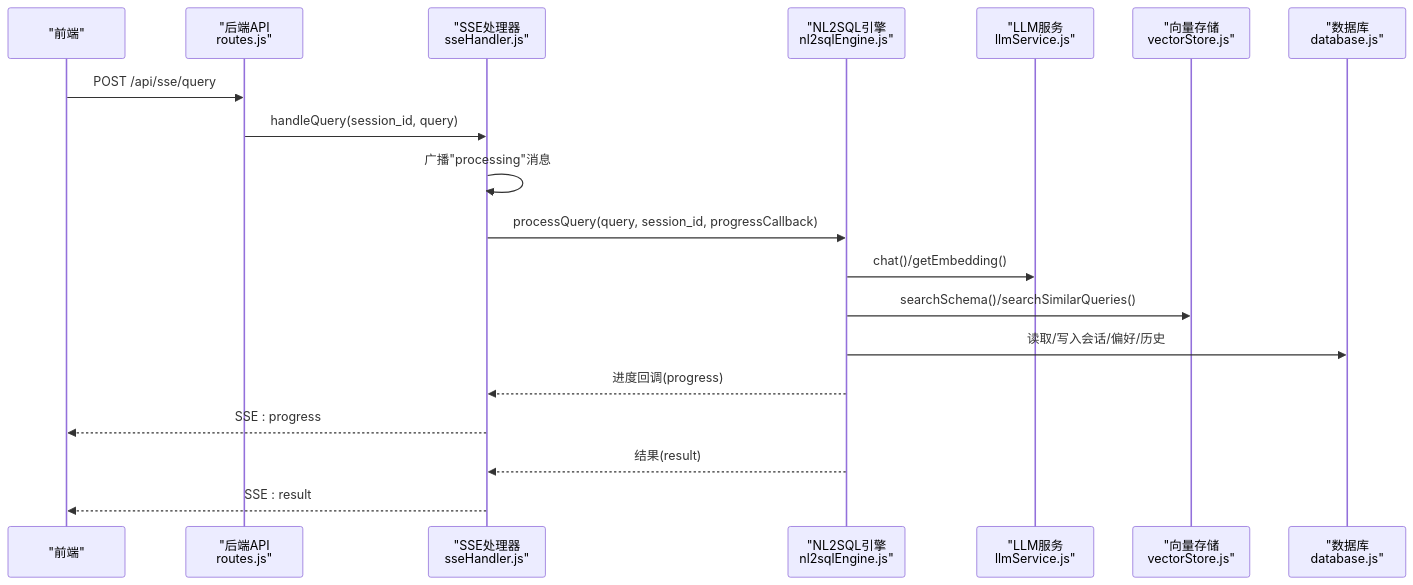
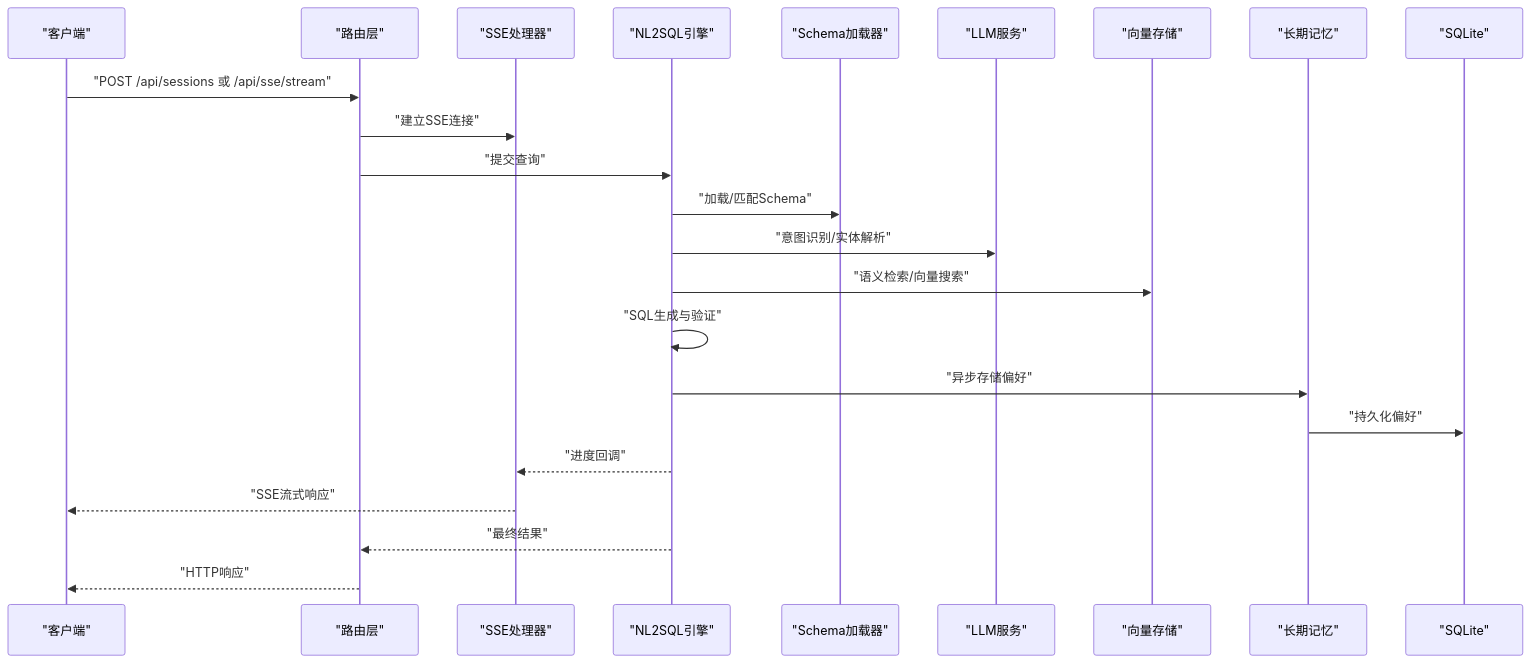
Before and after one commit to HanHuiOnLine/724-office: the second of 8 diagrams in NL2SQL/.qoder/repowiki/zh/content/系统架构/数据流设计.md, drawn with Mermaid. The commit also changed other lines of this file and 170 other files, not shown here.

````diff
--- a/NL2SQL/.qoder/repowiki/zh/content/系统架构/数据流设计.md
+++ b/NL2SQL/.qoder/repowiki/zh/content/系统架构/数据流设计.md
@@ -139,21 +143,25 @@
 ```mermaid
 sequenceDiagram
-participant FE as "前端"
-participant API as "后端API<br/>routes.js"
-participant SSE as "SSE处理器<br/>sseHandler.js"
-participant ENG as "NL2SQL引擎<br/>nl2sqlEngine.js"
-participant LLM as "LLM服务<br/>llmService.js"
-participant VEC as "向量存储<br/>vectorStore.js"
-participant DB as "数据库<br/>database.js"
-FE->>API : POST /api/sse/query
-API->>SSE : handleQuery(session_id, query)
-SSE->>SSE : 广播"processing"消息
-SSE->>ENG : processQuery(query, session_id, progressCallback)
-ENG->>LLM : chat()/getEmbedding()
-ENG->>VEC : searchSchema()/searchSimilarQueries()
-ENG->>DB : 读取/写入会话/偏好/历史
-ENG-->>SSE : 进度回调(progress)
-SSE-->>FE : SSE : progress
-ENG-->>SSE : 结果(result)
-SSE-->>FE : SSE : result
+participant Client as "客户端"
+participant Routes as "路由层"
+participant SSE as "SSE处理器"
+participant Engine as "NL2SQL引擎"
+participant Schema as "Schema加载器"
+participant LLM as "LLM服务"
+participant Vec as "向量存储"
+participant Mem as "长期记忆"
+participant DB as "SQLite"
+Client->>Routes : "POST /api/sessions 或 /api/sse/stream"
+Routes->>SSE : "建立SSE连接"
+Routes->>Engine : "提交查询"
+Engine->>Schema : "加载/匹配Schema"
+Engine->>LLM : "意图识别/实体解析"
+Engine->>Vec : "语义检索/向量搜索"
+Engine->>Engine : "SQL生成与验证"
+Engine->>Mem : "异步存储偏好"
+Mem->>DB : "持久化偏好"
+Engine-->>SSE : "进度回调"
+SSE-->>Client : "SSE流式响应"
+Engine-->>Routes : "最终结果"
+Routes-->>Client : "HTTP响应"
 ```
````
